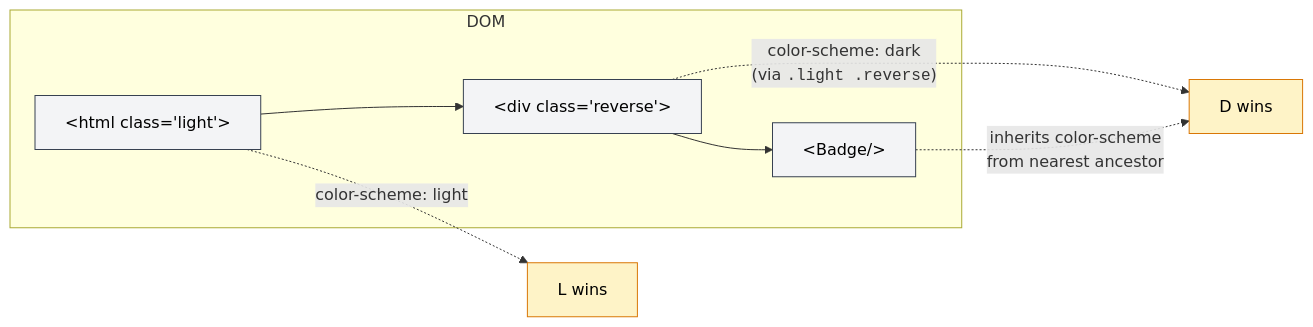
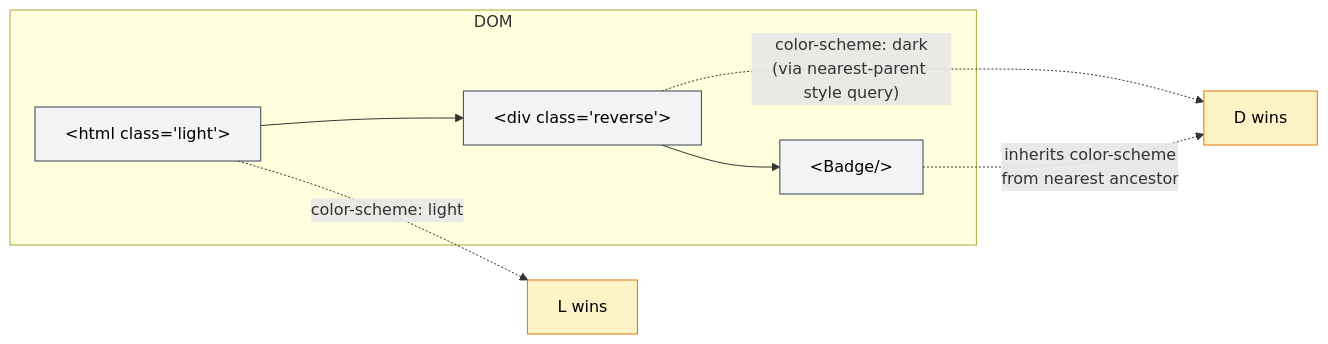
The second of 3 diagrams in libs/ui/THEME-FLOW.md (TechsioCZ/new-engine), drawn with Mermaid before and after one commit. The commit also changed other lines of this file and 362 other files, not shown here.

````diff
--- a/libs/ui/THEME-FLOW.md
+++ b/libs/ui/THEME-FLOW.md
@@ -112,18 +127,18 @@
 ```mermaid
 flowchart LR
     subgraph DOM
         H["&lt;html class='light'&gt;"]
         R["&lt;div class='reverse'&gt;"]
         B["&lt;Badge/&gt;"]
         H --> R --> B
     end
 
     H -.->|"color-scheme: light"| CS1["L wins"]
-    R -.->|"color-scheme: dark<br/>(via <code>.light .reverse</code>)"| CS2["D wins"]
+    R -.->|"color-scheme: dark<br/>(via nearest-parent style query)"| CS2["D wins"]
     B -.->|"inherits color-scheme<br/>from nearest ancestor"| CS2
 
     classDef dom fill:#f3f4f6,stroke:#374151,color:#000
     classDef anno fill:#fef3c7,stroke:#d97706,color:#000
     class H,R,B dom
     class CS1,CS2 anno
 ```
````
